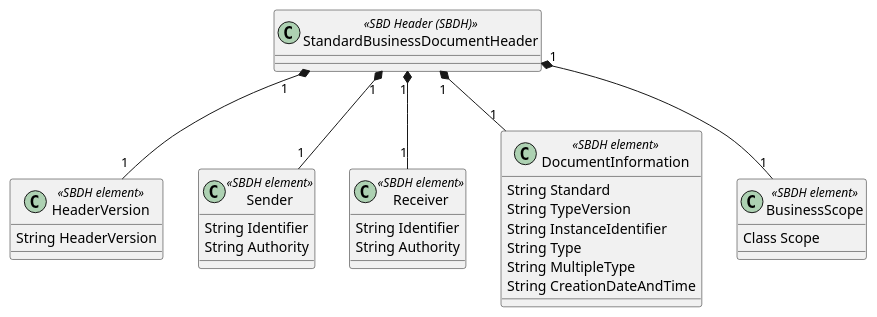
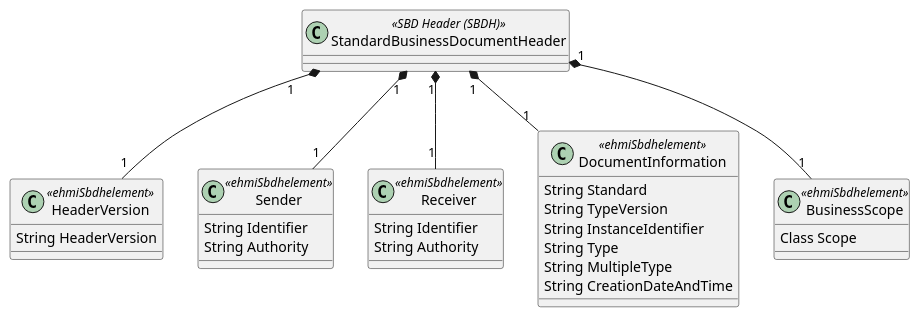
The diagram in images-source/ClassSbdhBasic.plantuml (medcomdk/dk-ehmi-sbdh), drawn with PlantUML before and after one commit. The commit also changed 25 other files, not shown here.

```diff
--- a/images-source/ClassSbdhBasic.plantuml
+++ b/images-source/ClassSbdhBasic.plantuml
@@ -1,50 +1,50 @@
 @startuml SBD
 
 class HeaderVersion
 {
     String HeaderVersion
 }
 
 class Sender
 {
     String Identifier
     String Authority
 }
 
 class Receiver
 {
     String Identifier
     String Authority
 }
 
 class DocumentInformation
 {
     String Standard
     String TypeVersion
     String InstanceIdentifier
     String Type
     String MultipleType
     String CreationDateAndTime
 }
 
 class BusinessScope
 {
     Class Scope
 }
 
-class "StandardBusinessDocumentHeader" as SBDH <<SBD Header (SBDH)>>
-class "HeaderVersion" as HeaderVersion <<SBDH element>>
-class "Sender" as Sender <<SBDH element>>
-class "Receiver" as Receiver <<SBDH element>>
-class "DocumentInformation" as DocumentInformation <<SBDH element>>
-class "BusinessScope" as BusinessScope <<SBDH element>>
+class "StandardBusinessDocumentHeader" as ehmiSbdh<<SBD Header (SBDH)>>
+class "HeaderVersion" as HeaderVersion <<ehmiSbdhelement>>
+class "Sender" as Sender <<ehmiSbdhelement>>
+class "Receiver" as Receiver <<ehmiSbdhelement>>
+class "DocumentInformation" as DocumentInformation <<ehmiSbdhelement>>
+class "BusinessScope" as BusinessScope <<ehmiSbdhelement>>
 
 
-SBDH "1" *-- "1" HeaderVersion 
-SBDH "1" *-- "1" Sender 
-SBDH "1" *-- "1" Receiver 
-SBDH "1" *-- "1" DocumentInformation 
-SBDH "1" *-- "1" BusinessScope 
+ehmiSbdh"1" *-- "1" HeaderVersion 
+ehmiSbdh"1" *-- "1" Sender 
+ehmiSbdh"1" *-- "1" Receiver 
+ehmiSbdh"1" *-- "1" DocumentInformation 
+ehmiSbdh"1" *-- "1" BusinessScope 
 
 
 @enduml
```
